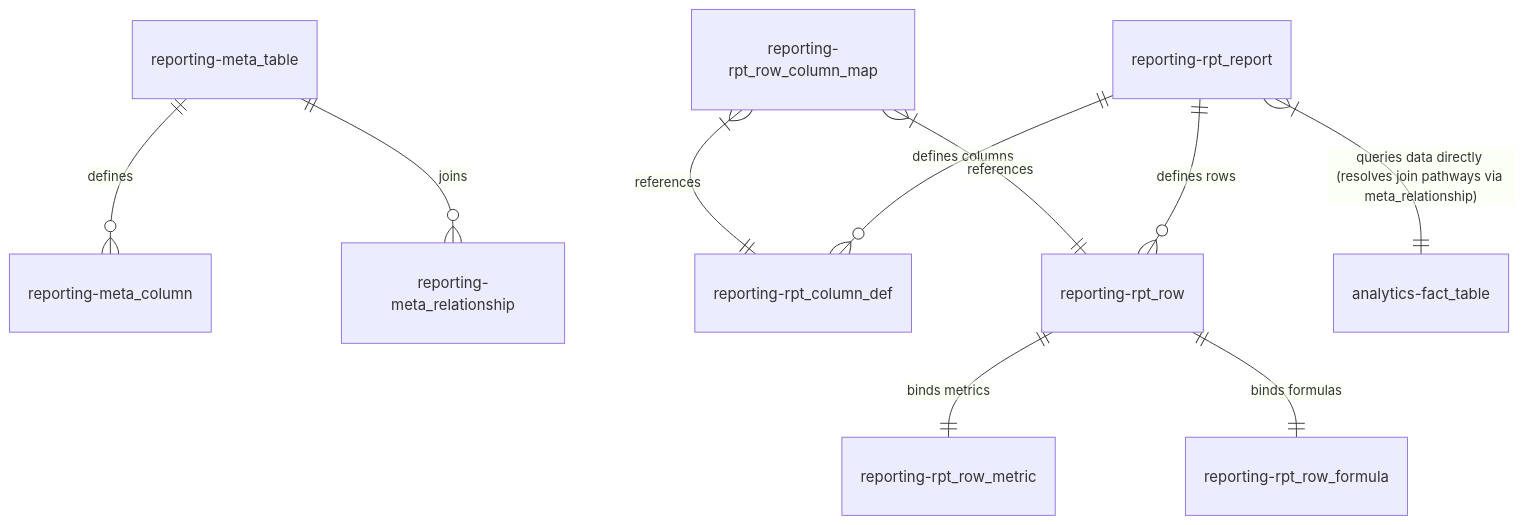
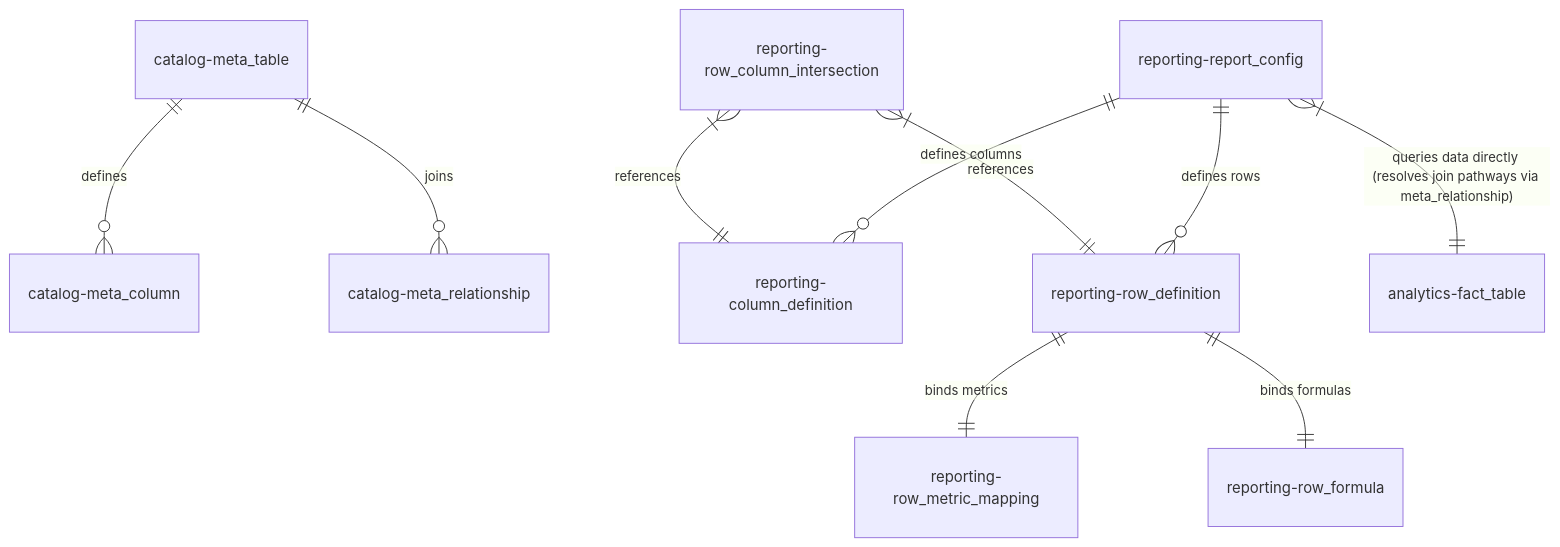
The diagram in docs/datamodel_documentation.md (rpg2go/reportingengine_backend), drawn with Mermaid before and after one commit. The commit also changed other lines of this file and 46 other files, not shown here.

Commit message:
refactor: restructure database schema by migrating to new reporting and catalog namespaces and updating application code references

````diff
--- a/docs/datamodel_documentation.md
+++ b/docs/datamodel_documentation.md
@@ -14,14 +15,14 @@
 ```mermaid
 erDiagram
-    reporting-meta_table ||--o{ reporting-meta_column : defines
-    reporting-meta_table ||--o{ reporting-meta_relationship : joins
+    catalog-meta_table ||--o{ catalog-meta_column : defines
+    catalog-meta_table ||--o{ catalog-meta_relationship : joins
     
-    reporting-rpt_report ||--o{ reporting-rpt_column_def : "defines columns"
-    reporting-rpt_report ||--o{ reporting-rpt_row : "defines rows"
-    reporting-rpt_row ||--|| reporting-rpt_row_metric : "binds metrics"
-    reporting-rpt_row ||--|| reporting-rpt_row_formula : "binds formulas"
-    reporting-rpt_row_column_map }|--|| reporting-rpt_row : references
-    reporting-rpt_row_column_map }|--|| reporting-rpt_column_def : references
+    reporting-report_config ||--o{ reporting-column_definition : "defines columns"
+    reporting-report_config ||--o{ reporting-row_definition : "defines rows"
+    reporting-row_definition ||--|| reporting-row_metric_mapping : "binds metrics"
+    reporting-row_definition ||--|| reporting-row_formula : "binds formulas"
+    reporting-row_column_intersection }|--|| reporting-row_definition : references
+    reporting-row_column_intersection }|--|| reporting-column_definition : references
     
-    reporting-rpt_report }|--|| analytics-fact_table : "queries data directly (resolves join pathways via meta_relationship)"
+    reporting-report_config }|--|| analytics-fact_table : "queries data directly (resolves join pathways via meta_relationship)"
 ```
````
